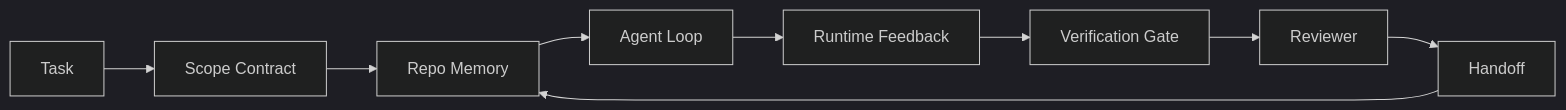
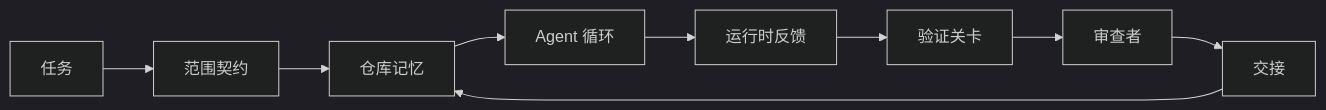
Before and after one commit to alessandrodinisio-ai/ai-engineering-learning-framework: the diagram in phases/14-agent-engineering/31-agent-workbench-why-models-fail/docs/zh.md, drawn with Mermaid (dark theme). The commit also changed 120 other files, not shown here.

First line of the commit message:
i18n(mermaid): 337 个 mermaid 图表标签中文化

````diff
--- a/phases/14-agent-engineering/31-agent-workbench-why-models-fail/docs/zh.md
+++ b/phases/14-agent-engineering/31-agent-workbench-why-models-fail/docs/zh.md
@@ -41,11 +41,11 @@
 ```mermaid
 flowchart LR
-  Task[Task] --> Scope[Scope Contract]
-  Scope --> State[Repo Memory]
-  State --> Agent[Agent Loop]
-  Agent --> Feedback[Runtime Feedback]
-  Feedback --> Verify[Verification Gate]
-  Verify --> Review[Reviewer]
-  Review --> Handoff[Handoff]
+  Task[任务] --> Scope[范围契约]
+  Scope --> State[仓库记忆]
+  State --> Agent[Agent 循环]
+  Agent --> Feedback[运行时反馈]
+  Feedback --> Verify[验证关卡]
+  Verify --> Review[审查者]
+  Review --> Handoff[交接]
   Handoff --> State
 ```
````
